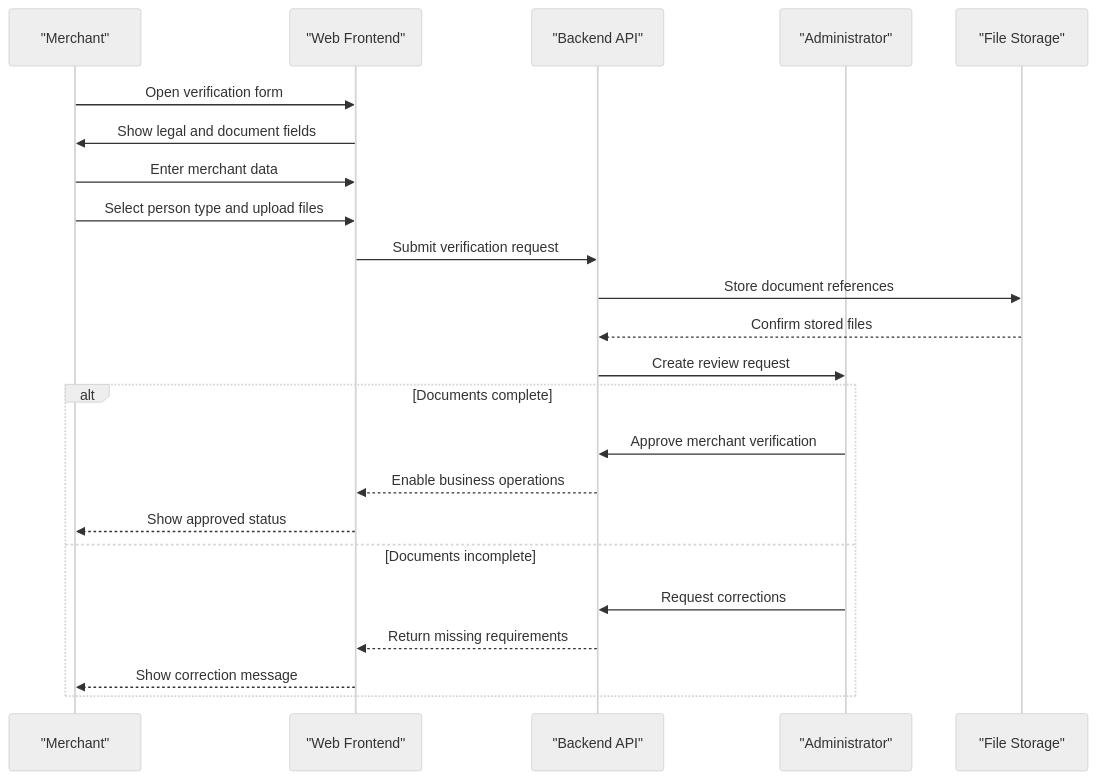
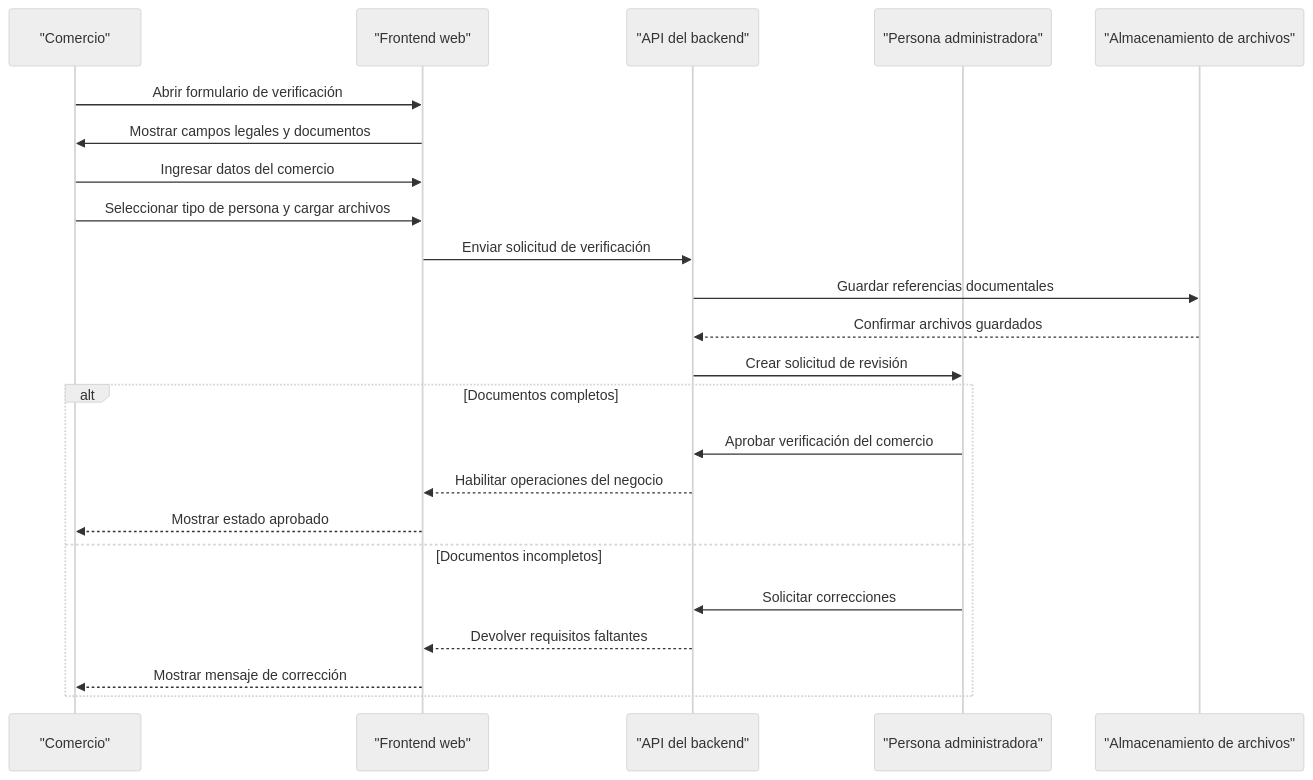
Before and after one commit to Pangust-code/frontend-tiendaBolsillo: the diagram in .github/modernize/assessment/engines/facts/business-workflows.md, drawn with Mermaid (neutral theme). The commit also changed other lines of this file and 10 other files, not shown here.

Commit message:
docs: translate diagrams and add latex structure

```diff
--- a/.github/modernize/assessment/engines/facts/business-workflows.md
+++ b/.github/modernize/assessment/engines/facts/business-workflows.md
@@ -67,26 +67,26 @@
 ~~~mermaid
 sequenceDiagram
-    participant Owner as "Merchant"
-    participant Web as "Web Frontend"
-    participant Api as "Backend API"
-    participant Review as "Administrator"
-    participant Files as "File Storage"
+    participant Owner as "Comercio"
+    participant Web as "Frontend web"
+    participant Api as "API del backend"
+    participant Review as "Persona administradora"
+    participant Files as "Almacenamiento de archivos"
 
-    Owner->>Web: Open verification form
-    Web->>Owner: Show legal and document fields
-    Owner->>Web: Enter merchant data
-    Owner->>Web: Select person type and upload files
-    Web->>Api: Submit verification request
-    Api->>Files: Store document references
-    Files-->>Api: Confirm stored files
-    Api->>Review: Create review request
-    alt Documents complete
-        Review->>Api: Approve merchant verification
-        Api-->>Web: Enable business operations
-        Web-->>Owner: Show approved status
-    else Documents incomplete
-        Review->>Api: Request corrections
-        Api-->>Web: Return missing requirements
-        Web-->>Owner: Show correction message
+    Owner->>Web: Abrir formulario de verificación
+    Web->>Owner: Mostrar campos legales y documentos
+    Owner->>Web: Ingresar datos del comercio
+    Owner->>Web: Seleccionar tipo de persona y cargar archivos
+    Web->>Api: Enviar solicitud de verificación
+    Api->>Files: Guardar referencias documentales
+    Files-->>Api: Confirmar archivos guardados
+    Api->>Review: Crear solicitud de revisión
+    alt Documentos completos
+        Review->>Api: Aprobar verificación del comercio
+        Api-->>Web: Habilitar operaciones del negocio
+        Web-->>Owner: Mostrar estado aprobado
+    else Documentos incompletos
+        Review->>Api: Solicitar correcciones
+        Api-->>Web: Devolver requisitos faltantes
+        Web-->>Owner: Mostrar mensaje de corrección
     end
 ~~~
```
